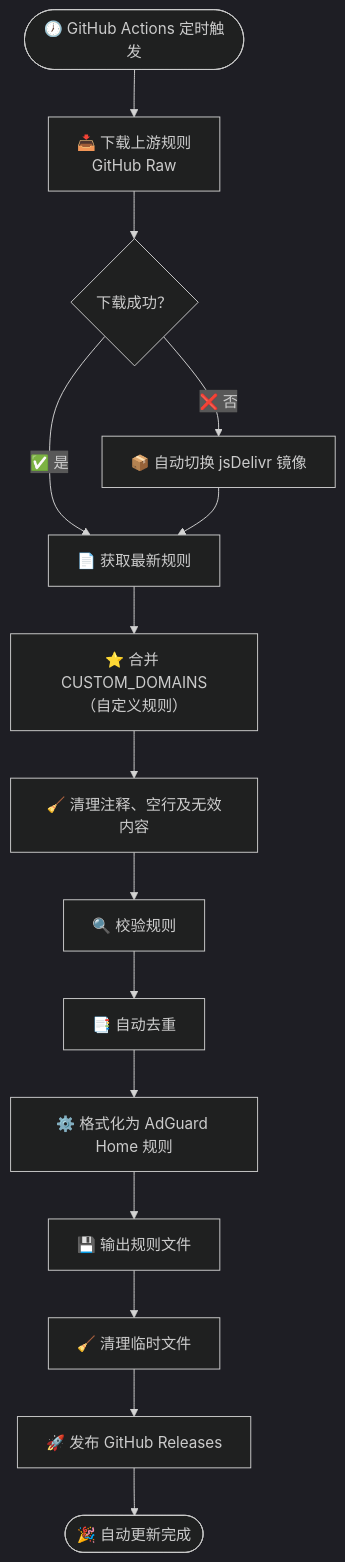
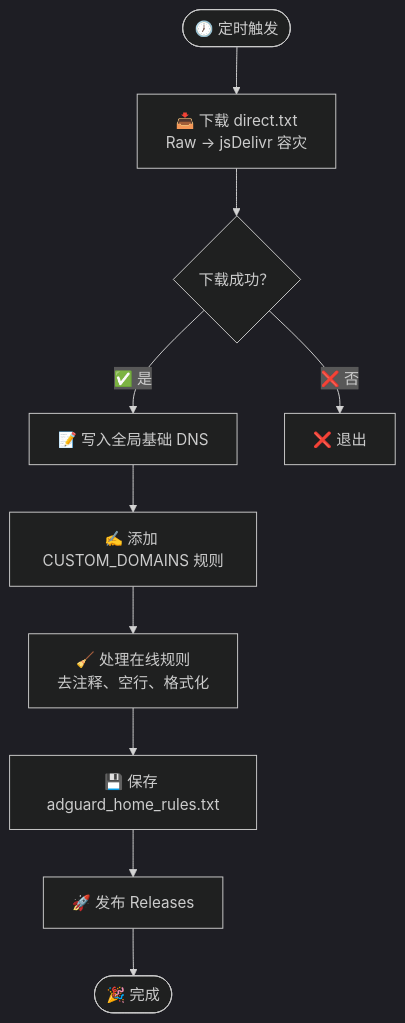
Before and after one commit to LianXia233/adguard-china-dns: the second of 3 diagrams in README.md, drawn with Mermaid (dark theme). The commit also changed other lines of this file, not shown here.

````diff
--- a/README.md
+++ b/README.md
@@ -76,17 +72,13 @@
 ```mermaid
 flowchart TD
-    Start([🕖 GitHub Actions 定时触发]) --> Download["📥 下载上游规则<br/>GitHub Raw"]
+    Start([🕖 定时触发]) --> Download["📥 下载 direct.txt<br/>Raw → jsDelivr 容灾"]
     Download --> Check{"下载成功？"}
-    Check -- ✅ 是 --> Source["📄 获取最新规则"]
-    Check -- ❌ 否 --> Mirror["📦 自动切换 jsDelivr 镜像"]
-    Mirror --> Source
-    Source --> Merge["⭐ 合并 CUSTOM_DOMAINS<br/>（自定义规则）"]
-    Merge --> Filter["🧹 清理注释、空行及无效内容"]
-    Filter --> Verify["🔍 校验规则"]
-    Verify --> Dedup["📑 自动去重"]
-    Dedup --> Format["⚙️ 格式化为 AdGuard Home 规则"]
-    Format --> Output["💾 输出规则文件"]
-    Output --> Clean["🧹 清理临时文件"]
-    Clean --> Release["🚀 发布 GitHub Releases"]
-    Release --> Finish([🎉 自动更新完成])
+    Check -- ✅ 是 --> Global["📝 写入全局基础 DNS"]
+    Check -- ❌ 否 --> Fail["❌ 退出"]
+    
+    Global --> CustomSection["✍️ 添加 CUSTOM_DOMAINS 规则"]
+    CustomSection --> Online["🧹 处理在线规则<br/>去注释、空行、格式化"]
+    Online --> Output["💾 保存 adguard_home_rules.txt"]
+    Output --> Release["🚀 发布 Releases"]
+    Release --> Finish([🎉 完成])
 ```
````
